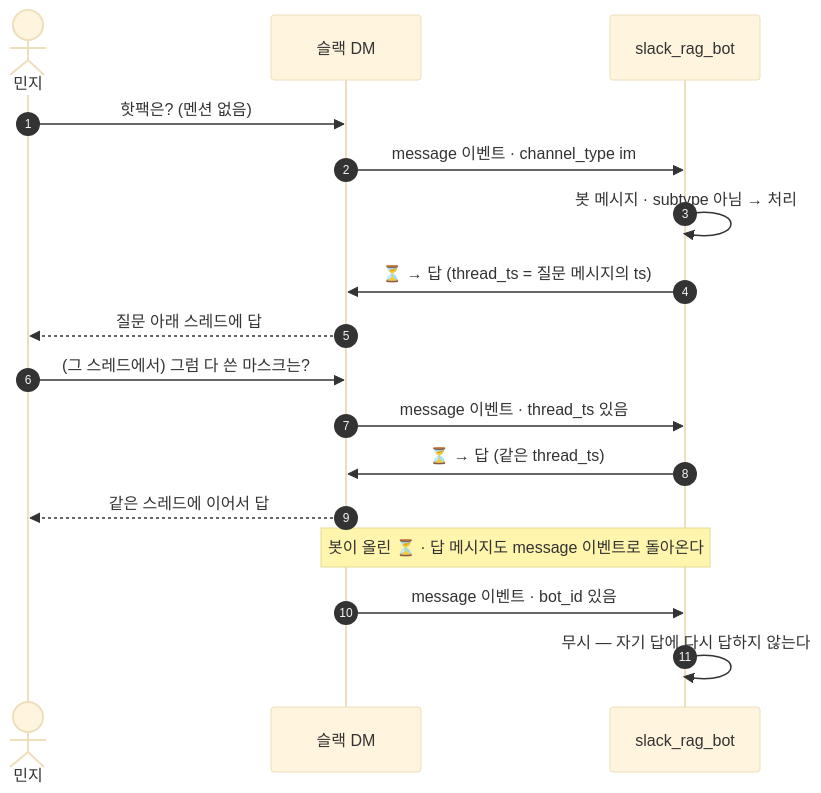
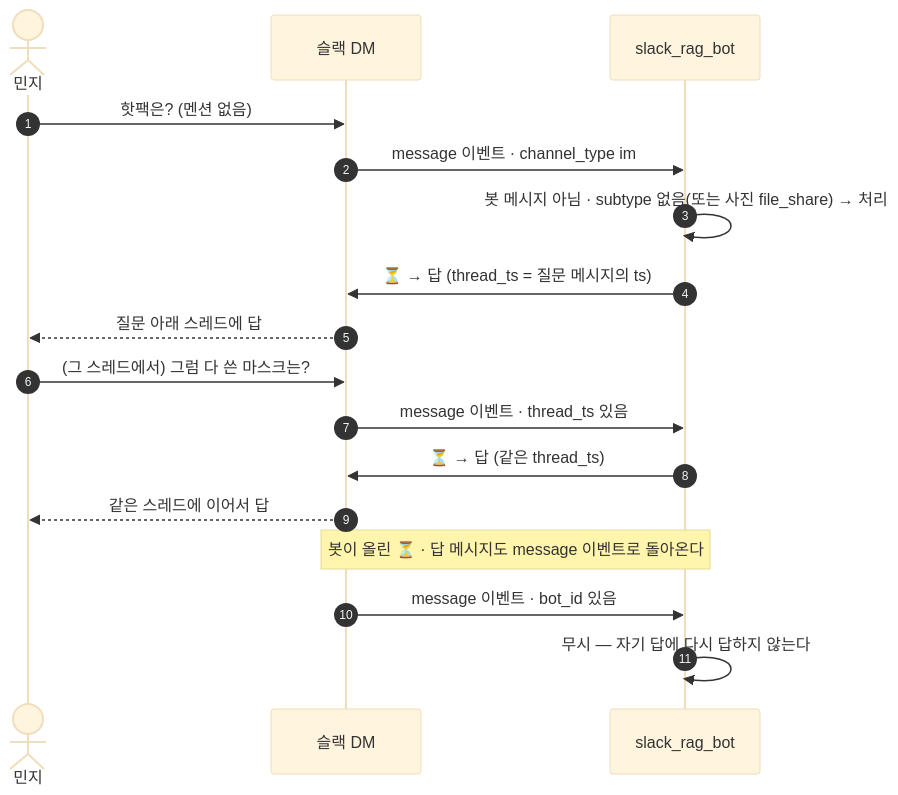
Before and after one commit to Jinseok2419342/recycle-rag-slack-bot: the sixth of 10 diagrams in docs/scenarios.md, drawn with Mermaid (base theme). The commit also changed other lines of this file and 37 other files, not shown here.

````diff
--- a/docs/scenarios.md
+++ b/docs/scenarios.md
@@ -309,22 +314,22 @@
 ```mermaid
 sequenceDiagram
     autonumber
     actor U as 민지
     participant S as 슬랙 DM
     participant B as slack_rag_bot
 
     U->>S: 핫팩은?  (멘션 없음)
     S->>B: message 이벤트 · channel_type im
-    B->>B: 봇 메시지 · subtype 아님 → 처리
+    B->>B: 봇 메시지 아님 · subtype 없음(또는 사진 file_share) → 처리
     B->>S: ⏳ → 답 (thread_ts = 질문 메시지의 ts)
     S-->>U: 질문 아래 스레드에 답
 
     U->>S: (그 스레드에서) 그럼 다 쓴 마스크는?
     S->>B: message 이벤트 · thread_ts 있음
     B->>S: ⏳ → 답 (같은 thread_ts)
     S-->>U: 같은 스레드에 이어서 답
 
     Note over S,B: 봇이 올린 ⏳ · 답 메시지도 message 이벤트로 돌아온다
     S->>B: message 이벤트 · bot_id 있음
     B->>B: 무시 — 자기 답에 다시 답하지 않는다
 ```
````
